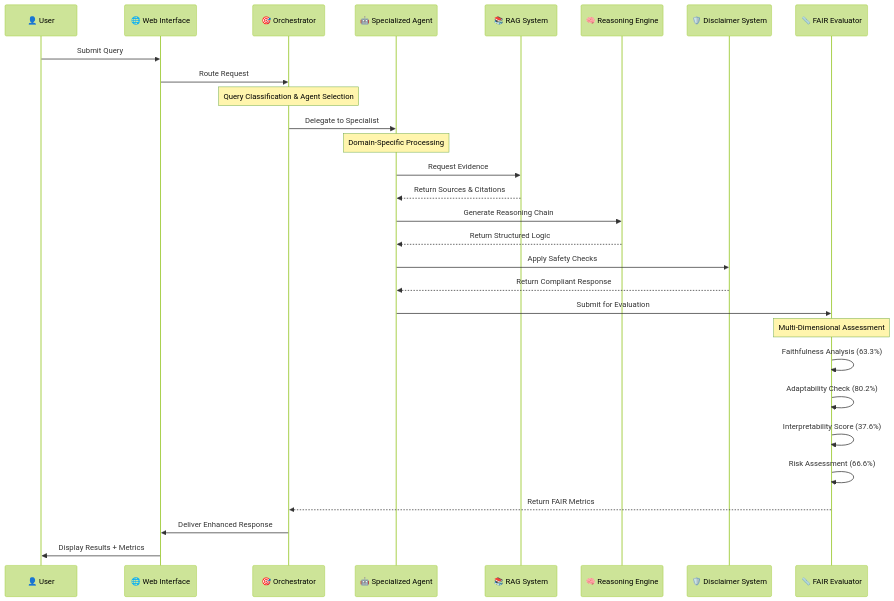
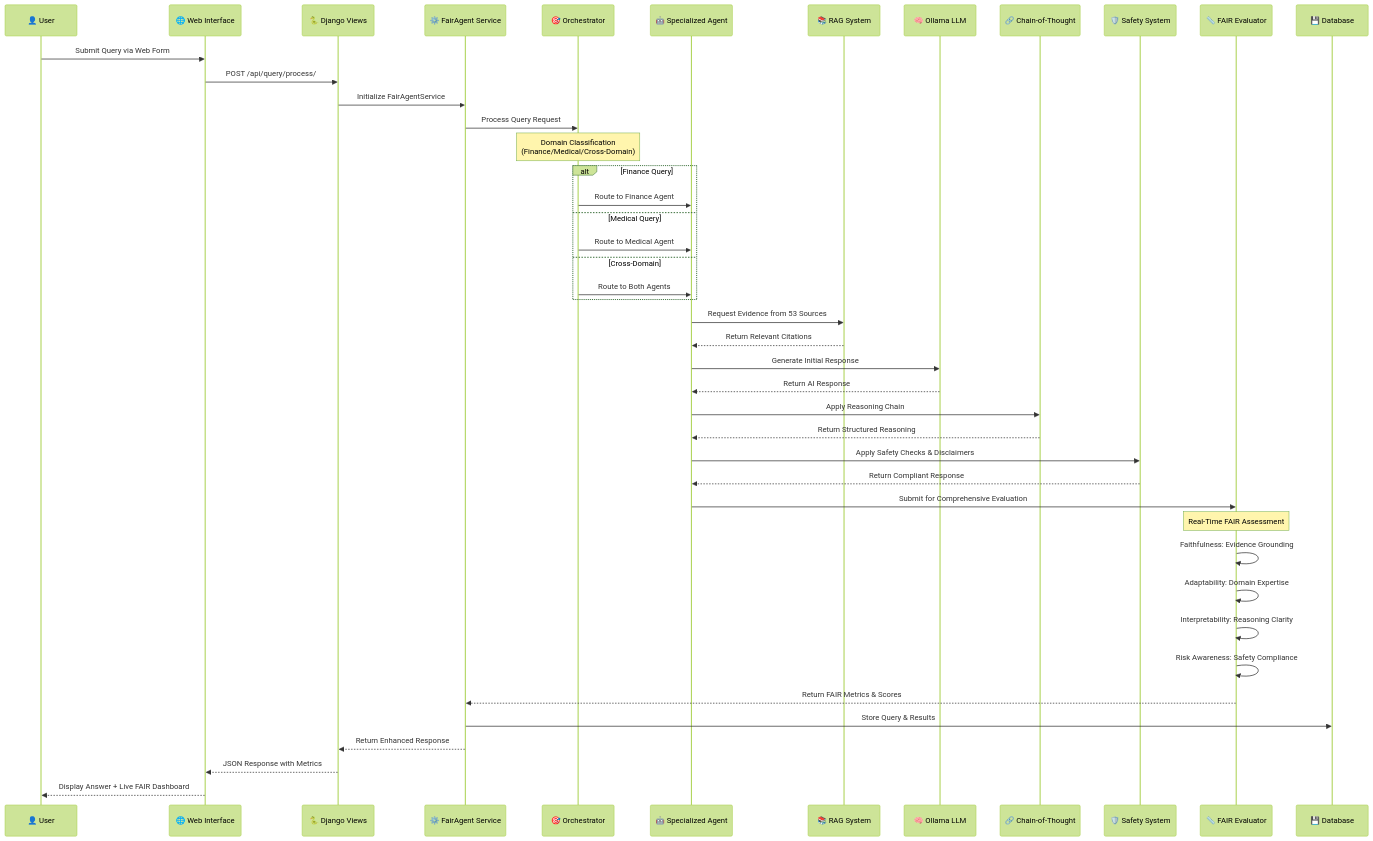
One commit to somesh-ghaturle/Fair-Agent changed the second of 6 diagrams in README.md. Above: the diagram before and after it, drawn with Mermaid (forest theme). The commit also changed other lines of this file, not shown here.

````diff
--- a/README.md
+++ b/README.md
@@ -236,39 +247,56 @@
 ```mermaid
 sequenceDiagram
     participant User as 👤 User
     participant UI as 🌐 Web Interface
+    participant Django as 🐍 Django Views
+    participant Service as ⚙️ FairAgent Service
     participant Orch as 🎯 Orchestrator
     participant Agent as 🤖 Specialized Agent
     participant RAG as 📚 RAG System
-    participant CoT as 🧠 Reasoning Engine
-    participant Disc as 🛡️ Disclaimer System
+    participant LLM as 🧠 Ollama LLM
+    participant CoT as 🔗 Chain-of-Thought
+    participant Safety as 🛡️ Safety System
     participant FAIR as 📏 FAIR Evaluator
+    participant DB as 💾 Database
     
-    User->>UI: Submit Query
-    UI->>Orch: Route Request
+    User->>UI: Submit Query via Web Form
+    UI->>Django: POST /api/query/process/
+    Django->>Service: Initialize FairAgentService
+    Service->>Orch: Process Query Request
     
-    Note over Orch: Query Classification & Agent Selection
-    Orch->>Agent: Delegate to Specialist
+    Note over Orch: Domain Classification<br/>(Finance/Medical/Cross-Domain)
     
-    Note over Agent: Domain-Specific Processing
-    Agent->>RAG: Request Evidence
-    RAG-->>Agent: Return Sources & Citations
+    alt Finance Query
+        Orch->>Agent: Route to Finance Agent
+    else Medical Query  
+        Orch->>Agent: Route to Medical Agent
+    else Cross-Domain
+        Orch->>Agent: Route to Both Agents
+    end
     
-    Agent->>CoT: Generate Reasoning Chain
-    CoT-->>Agent: Return Structured Logic
+    Agent->>RAG: Request Evidence from 53 Sources
+    RAG-->>Agent: Return Relevant Citations
     
-    Agent->>Disc: Apply Safety Checks
-    Disc-->>Agent: Return Compliant Response
+    Agent->>LLM: Generate Initial Response
+    LLM-->>Agent: Return AI Response
     
-    Agent->>FAIR: Submit for Evaluation
+    Agent->>CoT: Apply Reasoning Chain
+    CoT-->>Agent: Return Structured Reasoning
     
-    Note over FAIR: Multi-Dimensional Assessment
-    FAIR->>FAIR: Faithfulness Analysis (63.3%)
-    FAIR->>FAIR: Adaptability Check (80.2%)
-    FAIR->>FAIR: Interpretability Score (37.6%)
-    FAIR->>FAIR: Risk Assessment (66.6%)
+    Agent->>Safety: Apply Safety Checks & Disclaimers
+    Safety-->>Agent: Return Compliant Response
     
-    FAIR-->>Orch: Return FAIR Metrics
-    Orch->>UI: Deliver Enhanced Response
-    UI->>User: Display Results + Metrics
+    Agent->>FAIR: Submit for Comprehensive Evaluation
+    
+    Note over FAIR: Real-Time FAIR Assessment
+    FAIR->>FAIR: Faithfulness: Evidence Grounding
+    FAIR->>FAIR: Adaptability: Domain Expertise  
+    FAIR->>FAIR: Interpretability: Reasoning Clarity
+    FAIR->>FAIR: Risk Awareness: Safety Compliance
+    
+    FAIR-->>Service: Return FAIR Metrics & Scores
+    Service->>DB: Store Query & Results
+    Service-->>Django: Return Enhanced Response
+    Django-->>UI: JSON Response with Metrics
+    UI-->>User: Display Answer + Live FAIR Dashboard
 ```
````
